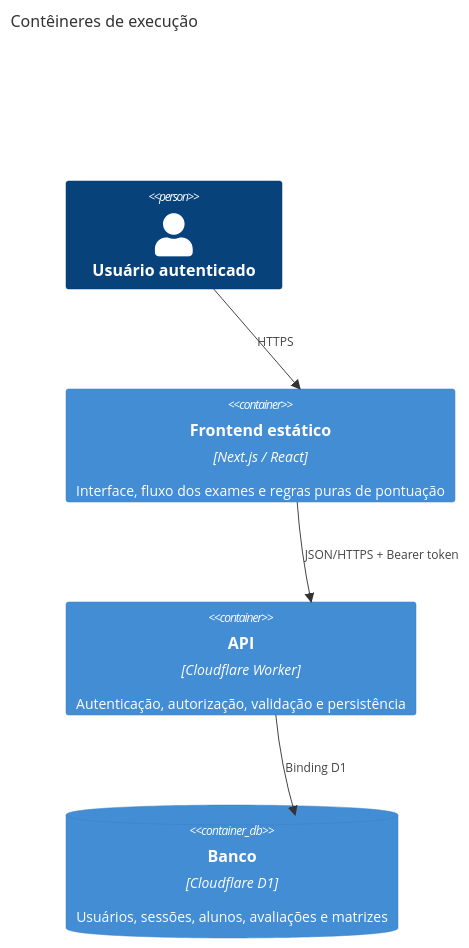
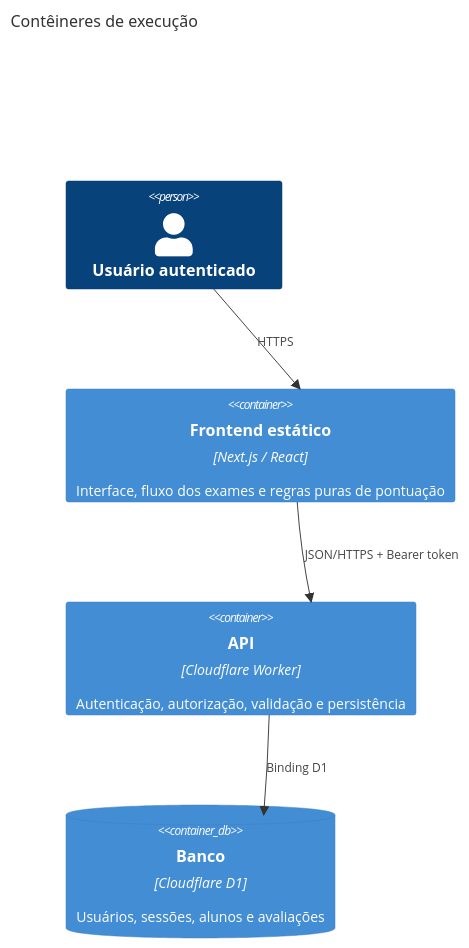
One commit to ArthurViniNunes/judo-exam-platform changed the second of 4 diagrams in docs/architecture/README.md. Above: the diagram before and after it, drawn with Mermaid. The commit also changed other lines of this file and 5 other files, not shown here.

````diff
--- a/docs/architecture/README.md
+++ b/docs/architecture/README.md
@@ -35,12 +35,12 @@
 ```mermaid
 C4Container
   title Contêineres de execução
   Person(user, "Usuário autenticado")
   Container(frontend, "Frontend estático", "Next.js / React", "Interface, fluxo dos exames e regras puras de pontuação")
   Container(api, "API", "Cloudflare Worker", "Autenticação, autorização, validação e persistência")
-  ContainerDb(db, "Banco", "Cloudflare D1", "Usuários, sessões, alunos, avaliações e matrizes")
+  ContainerDb(db, "Banco", "Cloudflare D1", "Usuários, sessões, alunos e avaliações")
 
   Rel(user, frontend, "HTTPS")
   Rel(frontend, api, "JSON/HTTPS + Bearer token")
   Rel(api, db, "Binding D1")
 ```
````
